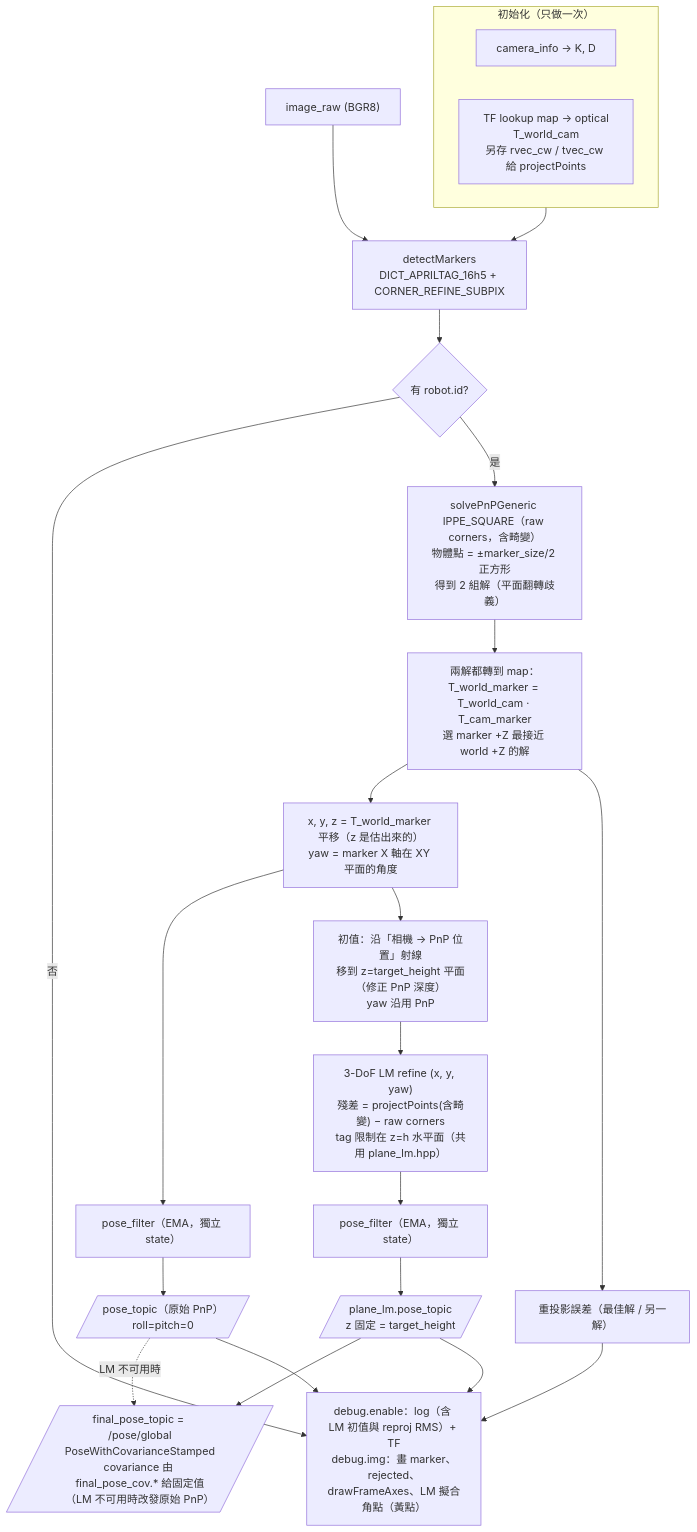
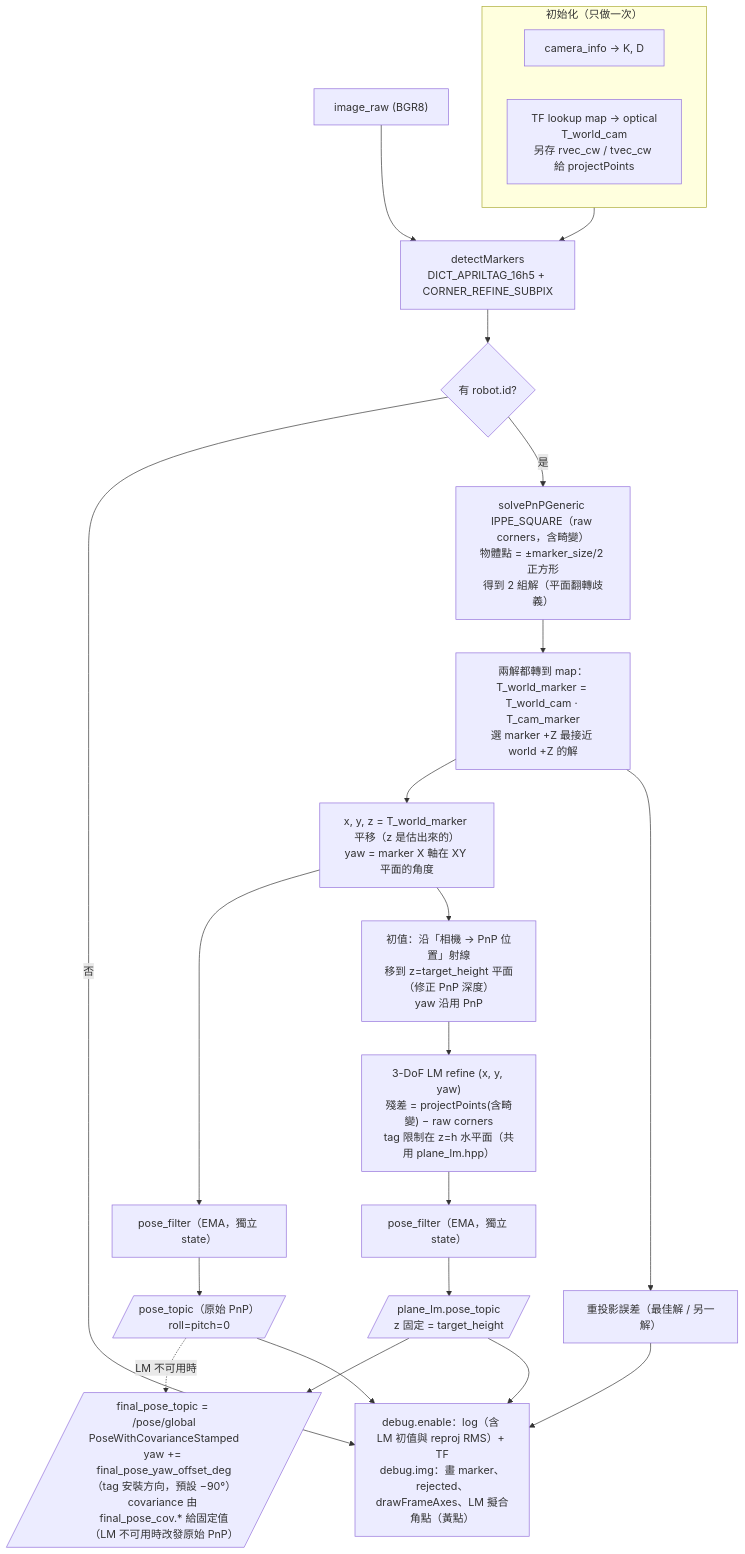
One commit to Latuuuuu/Hackathon-vision-server-localization changed the third of 5 diagrams in FLOW.md. Above: the diagram before and after it, drawn with Mermaid. The commit also changed other lines of this file and 6 other files, not shown here.

````diff
--- a/FLOW.md
+++ b/FLOW.md
@@ -98,30 +98,30 @@
 ```mermaid
 flowchart TD
     subgraph INIT["初始化（只做一次）"]
         CI["camera_info → K, D"]
         TFL["TF lookup map → optical<br/>T_world_cam<br/>另存 rvec_cw / tvec_cw 給 projectPoints"]
     end
 
     IMG["image_raw (BGR8)"] --> DET["detectMarkers<br/>DICT_APRILTAG_16h5 + CORNER_REFINE_SUBPIX"]
     INIT --> DET
     DET --> SEL{"有 robot.id?"}
     SEL -- 否 --> DBG
     SEL -- 是 --> PNP["solvePnPGeneric IPPE_SQUARE（raw corners，含畸變）<br/>物體點 = ±marker_size/2 正方形<br/>得到 2 組解（平面翻轉歧義）"]
     PNP --> PICK["兩解都轉到 map：T_world_marker = T_world_cam · T_cam_marker<br/>選 marker +Z 最接近 world +Z 的解"]
     PICK --> POSE["x, y, z = T_world_marker 平移（z 是估出來的）<br/>yaw = marker X 軸在 XY 平面的角度"]
     POSE --> F1["pose_filter（EMA，獨立 state）"]
     F1 --> P1[/"pose_topic（原始 PnP）<br/>roll=pitch=0"/]
     PICK --> ERR["重投影誤差（最佳解 / 另一解）"]
 
     POSE --> RAY["初值：沿「相機 → PnP 位置」射線<br/>移到 z=target_height 平面（修正 PnP 深度）<br/>yaw 沿用 PnP"]
     RAY --> LM["3-DoF LM refine (x, y, yaw)<br/>殘差 = projectPoints(含畸變) − raw corners<br/>tag 限制在 z=h 水平面（共用 plane_lm.hpp）"]
     LM --> F2["pose_filter（EMA，獨立 state）"]
     F2 --> P2[/"plane_lm.pose_topic<br/>z 固定 = target_height"/]
-    P2 --> PF[/"final_pose_topic = /pose/global<br/>PoseWithCovarianceStamped<br/>covariance 由 final_pose_cov.* 給固定值<br/>（LM 不可用時改發原始 PnP）"/]
+    P2 --> PF[/"final_pose_topic = /pose/global<br/>PoseWithCovarianceStamped<br/>yaw += final_pose_yaw_offset_deg（tag 安裝方向，預設 −90°）<br/>covariance 由 final_pose_cov.* 給固定值<br/>（LM 不可用時改發原始 PnP）"/]
     P1 -. "LM 不可用時" .-> PF
 
     P1 --> DBG
     P2 --> DBG
     ERR --> DBG
     DBG["debug.enable：log（含 LM 初值與 reproj RMS）+ TF<br/>debug.img：畫 marker、rejected、drawFrameAxes、LM 擬合角點（黃點）"]
 ```
````
